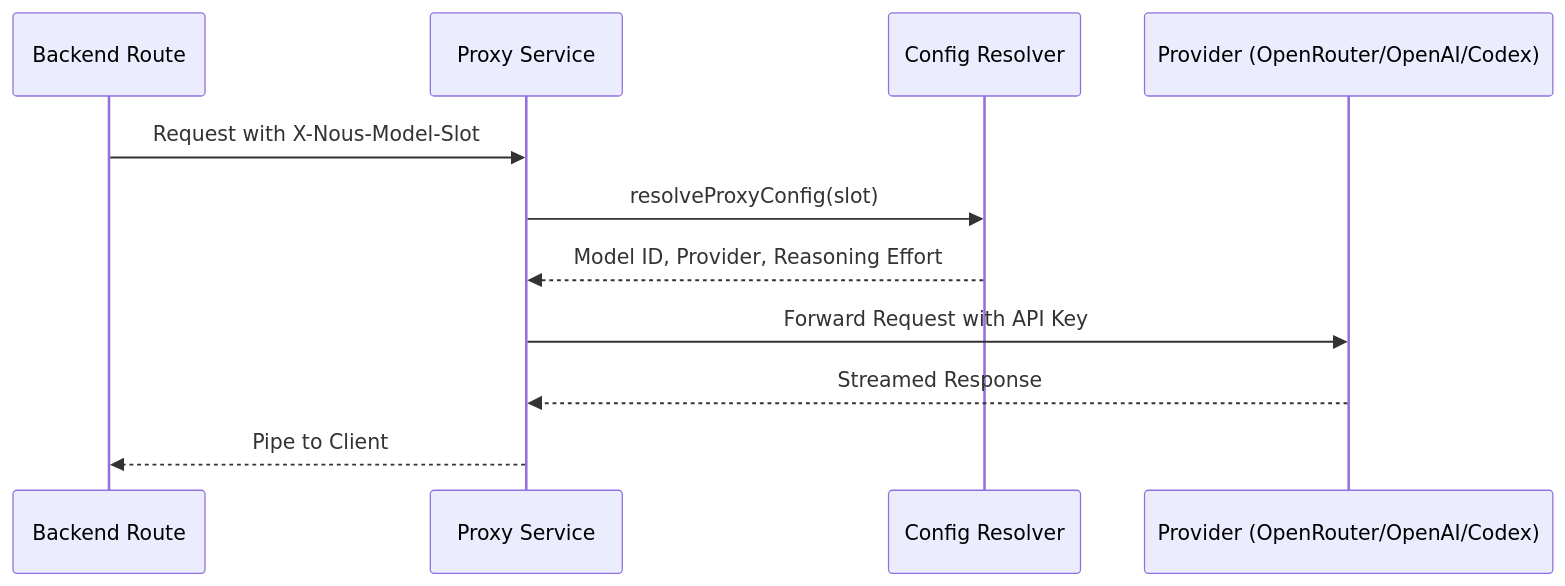
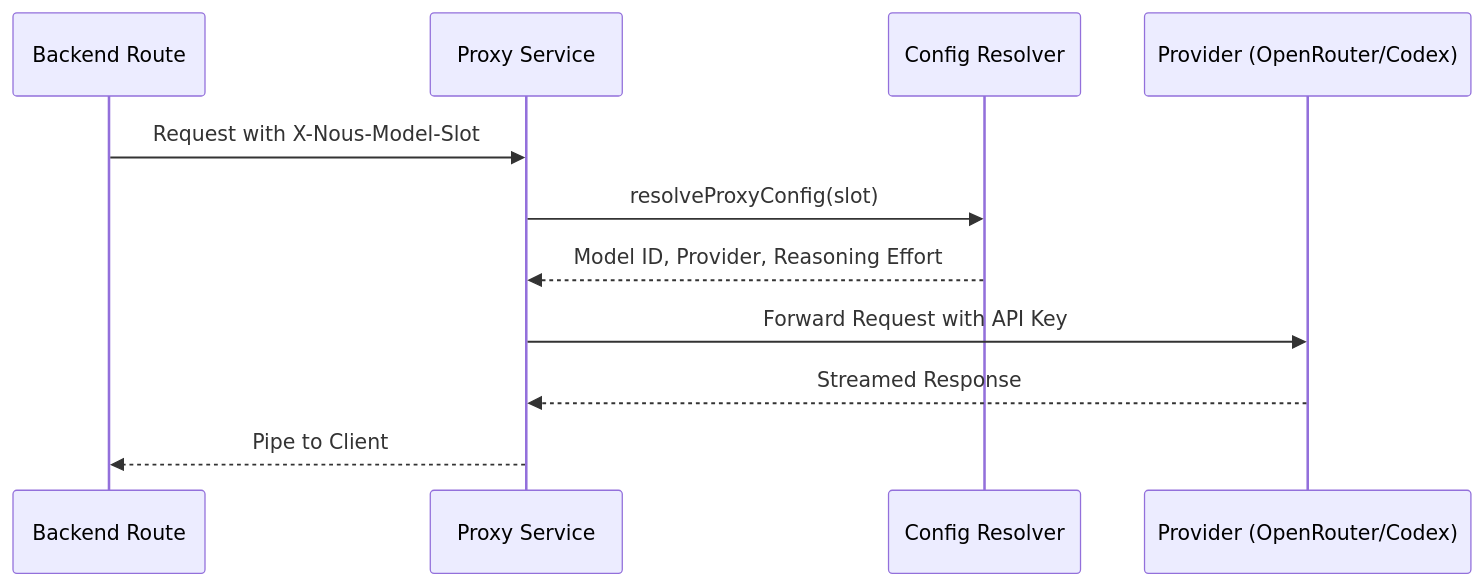
One commit to immagiov4/Nous changed the second of 2 diagrams in .cubic/wiki/03-section-features/07-p-chat-ui.md. Above: the diagram before and after it, drawn with Mermaid. The commit also changed other lines of this file and 52 other files, not shown here.

First line of the commit message:
refactor: remove the direct OpenAI provider

````diff
--- a/.cubic/wiki/03-section-features/07-p-chat-ui.md
+++ b/.cubic/wiki/03-section-features/07-p-chat-ui.md
@@ -206,14 +204,14 @@
 ```mermaid
 sequenceDiagram
     participant B as Backend Route
     participant P as Proxy Service
     participant C as Config Resolver
-    participant AI as Provider (OpenRouter/OpenAI/Codex)
+    participant AI as Provider (OpenRouter/Codex)
 
     B->>P: Request with X-Nous-Model-Slot
     P->>C: resolveProxyConfig(slot)
     C-->>P: Model ID, Provider, Reasoning Effort
     P->>AI: Forward Request with API Key
     AI-->>P: Streamed Response
     P-->>B: Pipe to Client
 ```
````
